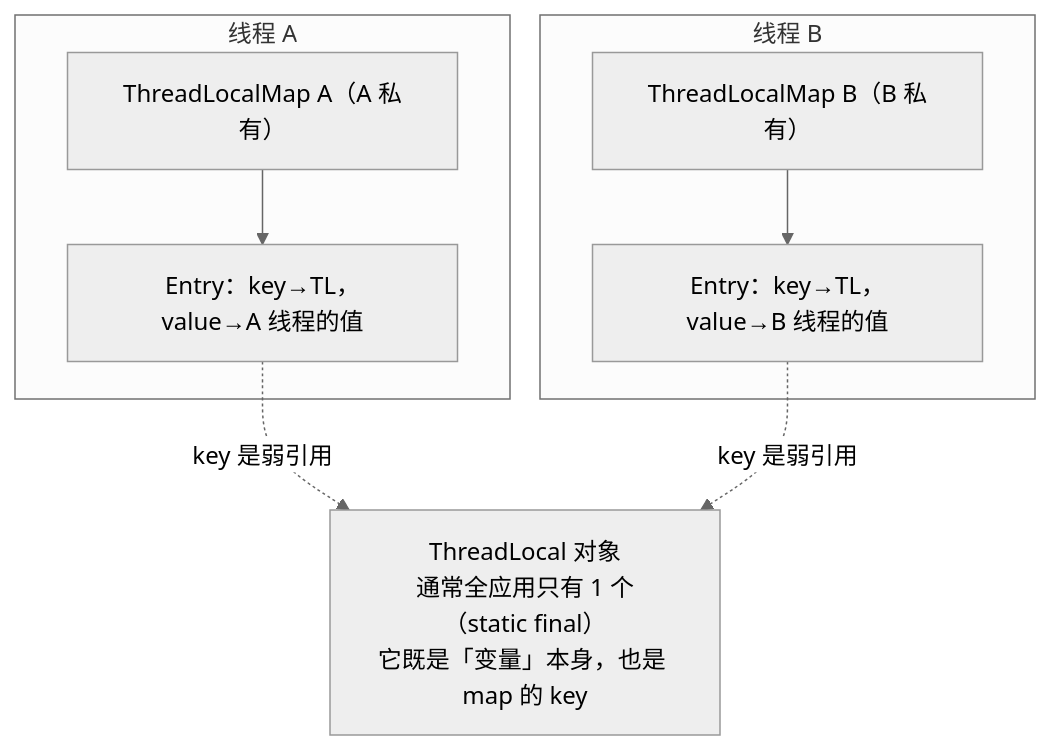
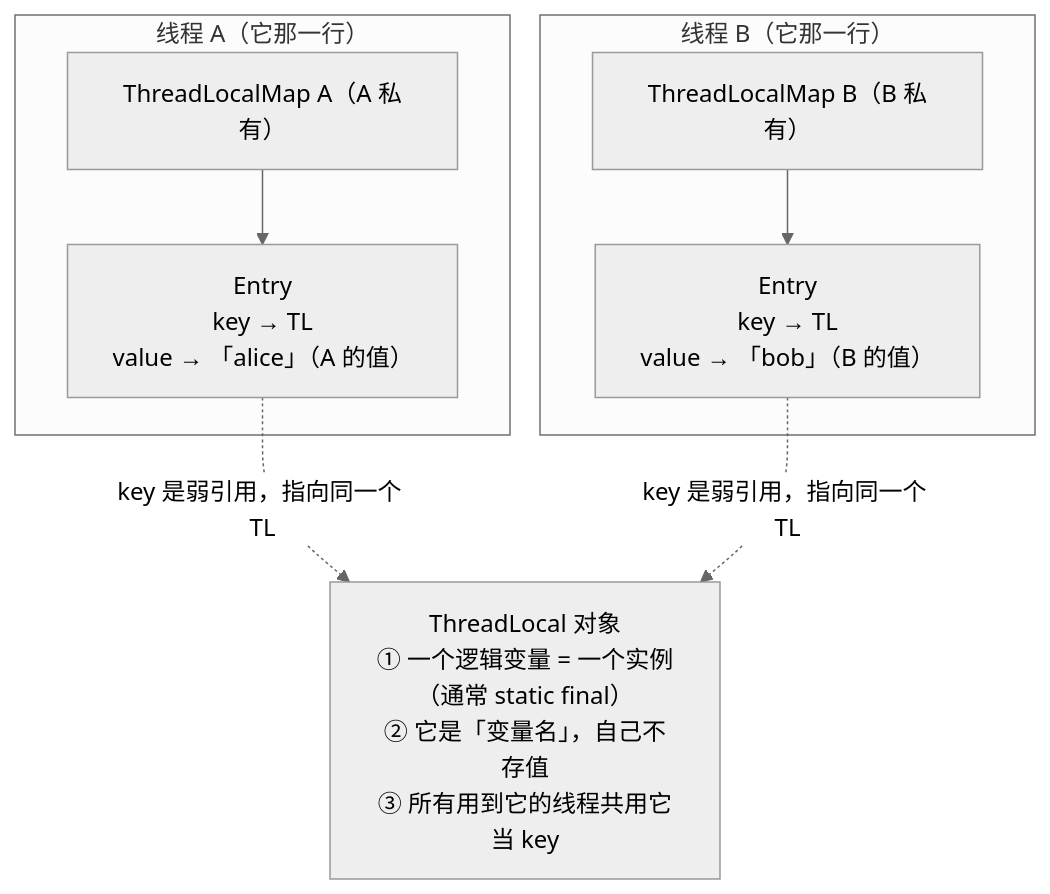
One commit to reallyhwc/ans-ai-auto-notes changed the first of 4 diagrams in kb/技术/Java/ThreadLocal 弱引用设计与内存泄漏.md. Above: the diagram before and after it, drawn with Mermaid (neutral theme). The commit also changed other lines of this file and 1 other file, not shown here.

First line of the commit message:
docs(kb): 重写 ThreadLocal §0.1 —— 修正"只有一个"错误表述，改用行列表格类比

````diff
--- a/kb/技术/Java/ThreadLocal 弱引用设计与内存泄漏.md
+++ b/kb/技术/Java/ThreadLocal 弱引用设计与内存泄漏.md
@@ -20,14 +53,14 @@
 ```mermaid
 graph TB
-    TL["ThreadLocal 对象<br/>通常全应用只有 1 个（static final）<br/>它既是「变量」本身，也是 map 的 key"]
+    TL["ThreadLocal 对象<br/>① 一个逻辑变量 = 一个实例（通常 static final）<br/>② 它是「变量名」，自己不存值<br/>③ 所有用到它的线程共用它当 key"]
 
-    subgraph SGA["线程 A"]
-        MA["ThreadLocalMap A（A 私有）"] --> EA["Entry：key→TL，value→A 线程的值"]
+    subgraph SGA["线程 A（它那一行）"]
+        MA["ThreadLocalMap A（A 私有）"] --> EA["Entry<br/>key → TL<br/>value → 「alice」（A 的值）"]
     end
-    subgraph SGB["线程 B"]
-        MB["ThreadLocalMap B（B 私有）"] --> EB["Entry：key→TL，value→B 线程的值"]
+    subgraph SGB["线程 B（它那一行）"]
+        MB["ThreadLocalMap B（B 私有）"] --> EB["Entry<br/>key → TL<br/>value → 「bob」（B 的值）"]
     end
 
-    EA -.->|"key 是弱引用"| TL
-    EB -.->|"key 是弱引用"| TL
+    EA -.->|"key 是弱引用，指向同一个 TL"| TL
+    EB -.->|"key 是弱引用，指向同一个 TL"| TL
 ```
````
